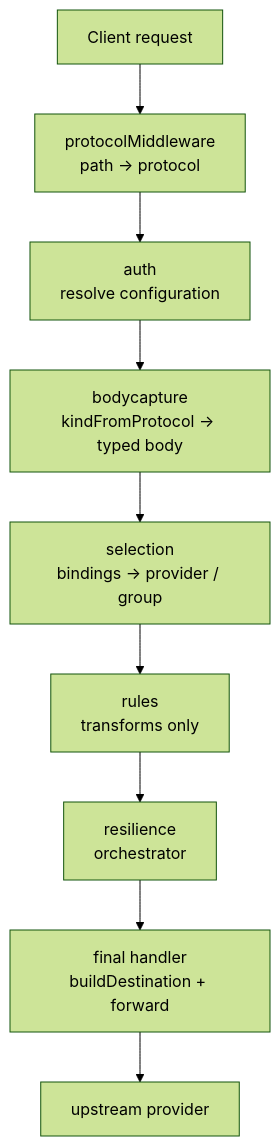
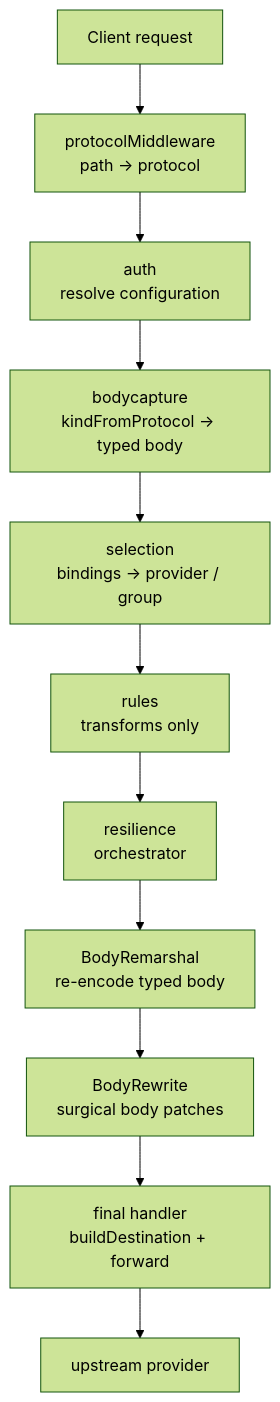
One commit to andyjmorgan/slipspace-gateway changed the first of 4 diagrams in docs/routing.md. Above: the diagram before and after it, drawn with Mermaid (forest theme). The commit also changed other lines of this file and 2 other files, not shown here.

Commit message:
docs: freshness true-up against code (automated sweep)
- docs/auth.md: fix auth.go line refs for the deprecated-header warning (48-54, error check at 55).
- docs/genai-conformance-audit.md: fix reporter.go line refs for emitOperationDetails / appendSlipSpaceFactAttrs.
- docs/routing.md: add body-remarshal and body-rewrite stages to the pipeline diagram and order (handler.go chain).

````diff
--- a/docs/routing.md
+++ b/docs/routing.md
@@ -45,11 +45,13 @@
 ```mermaid
 flowchart TB
     A[Client request] --> P[protocolMiddleware<br/>path → protocol]
     P --> AU[auth<br/>resolve configuration]
     AU --> BC[bodycapture<br/>kindFromProtocol → typed body]
     BC --> SEL[selection<br/>bindings → provider / group]
     SEL --> RU[rules<br/>transforms only]
     RU --> RE[resilience<br/>orchestrator]
-    RE --> F[final handler<br/>buildDestination + forward]
+    RE --> BRM[BodyRemarshal<br/>re-encode typed body]
+    BRM --> BRW[BodyRewrite<br/>surgical body patches]
+    BRW --> F[final handler<br/>buildDestination + forward]
     F --> U[upstream provider]
 ```
````
